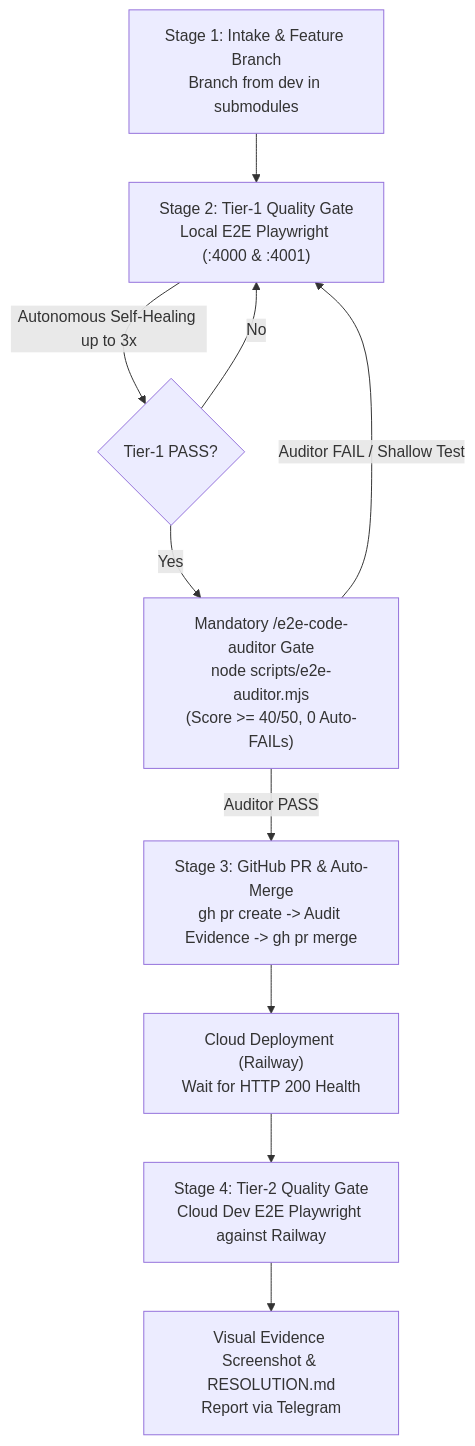
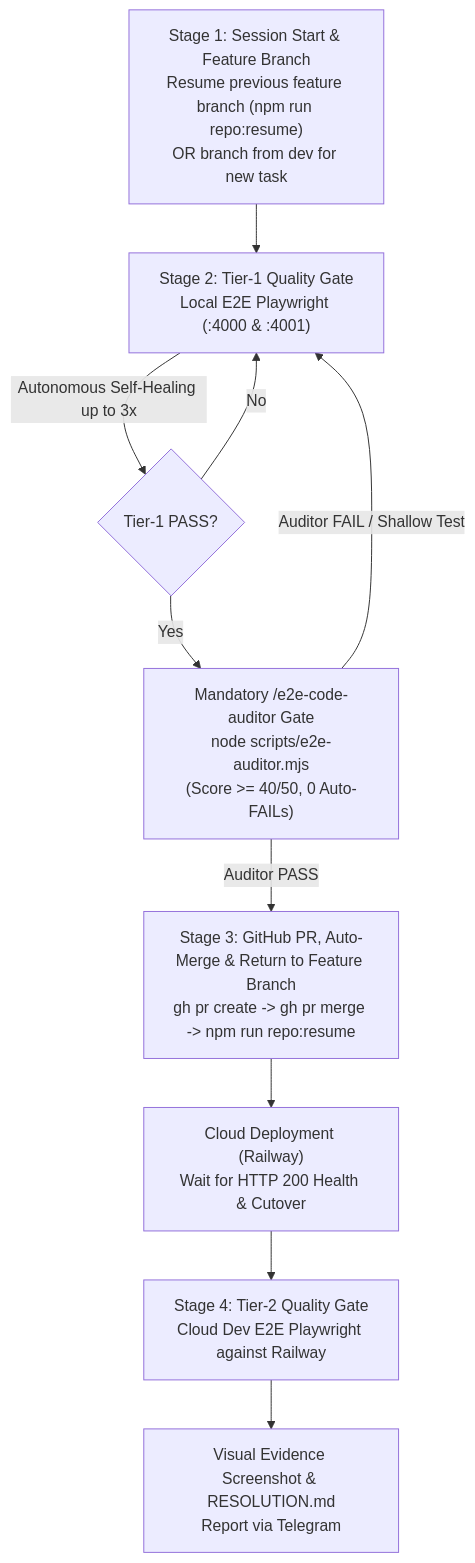
One commit to lyquangthai1993/logistics-website changed the diagram in .agents/skills/github-workflow/SKILL.md. Above: the diagram before and after it, drawn with Mermaid. The commit also changed other lines of this file and 21 other files, not shown here.

Commit message:
chore(repo): commit handoffs, git workflow guards, and sync backend/frontend submodule pointers

````diff
--- a/.agents/skills/github-workflow/SKILL.md
+++ b/.agents/skills/github-workflow/SKILL.md
@@ -48,12 +52,12 @@
 ```mermaid
 flowchart TD
-    A["Stage 1: Intake & Feature Branch<br>Branch from dev in submodules"] --> B["Stage 2: Tier-1 Quality Gate<br>Local E2E Playwright (:4000 & :4001)"]
+    A["Stage 1: Session Start & Feature Branch<br>Resume previous feature branch (npm run repo:resume)<br>OR branch from dev for new task"] --> B["Stage 2: Tier-1 Quality Gate<br>Local E2E Playwright (:4000 & :4001)"]
     B -->|Autonomous Self-Healing up to 3x| C{"Tier-1 PASS?"}
     C -->|Yes| AUD["Mandatory /e2e-code-auditor Gate<br>node scripts/e2e-auditor.mjs<br>(Score >= 40/50, 0 Auto-FAILs)"]
-    AUD -->|Auditor PASS| D["Stage 3: GitHub PR & Auto-Merge<br>gh pr create -> Audit Evidence -> gh pr merge"]
+    AUD -->|Auditor PASS| D["Stage 3: GitHub PR, Auto-Merge & Return to Feature Branch<br>gh pr create -> gh pr merge -> npm run repo:resume"]
     AUD -->|Auditor FAIL / Shallow Test| B
     C -->|No| B
-    D --> E["Cloud Deployment (Railway)<br>Wait for HTTP 200 Health"]
+    D --> E["Cloud Deployment (Railway)<br>Wait for HTTP 200 Health & Cutover"]
     E --> F["Stage 4: Tier-2 Quality Gate<br>Cloud Dev E2E Playwright against Railway"]
     F --> G["Visual Evidence Screenshot & RESOLUTION.md<br>Report via Telegram"]
 ```
````
